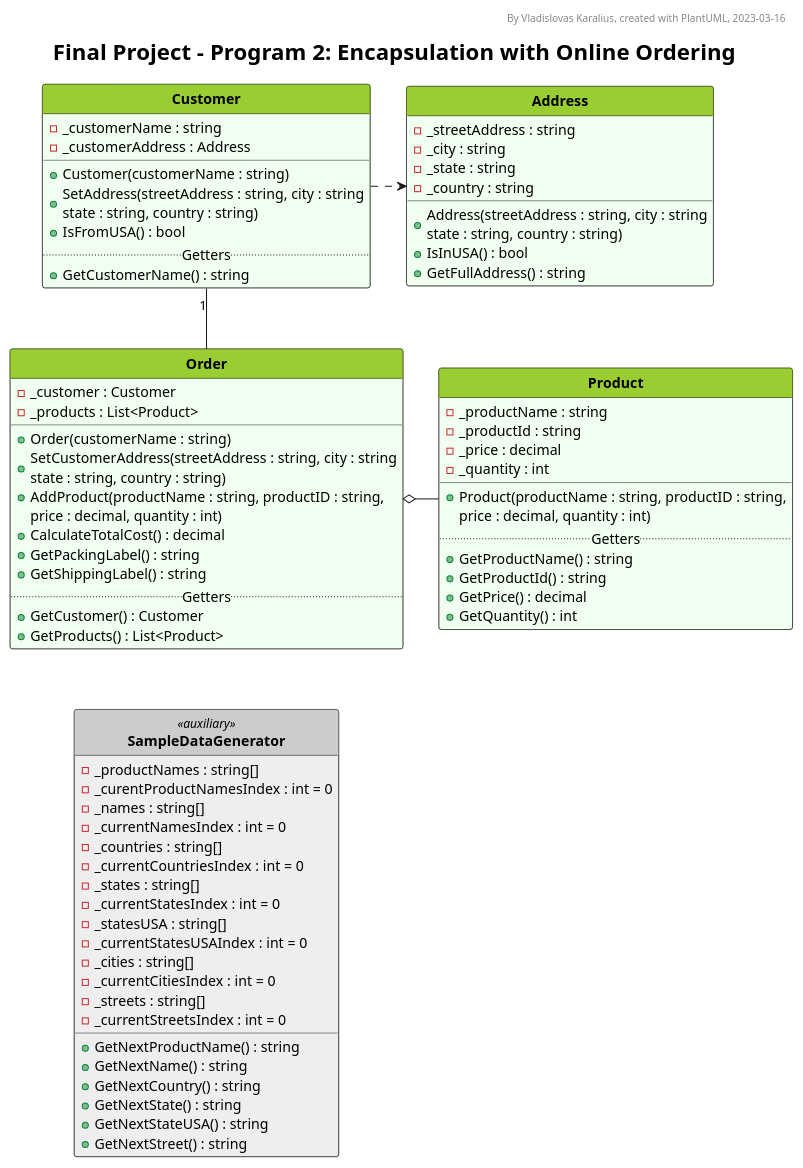
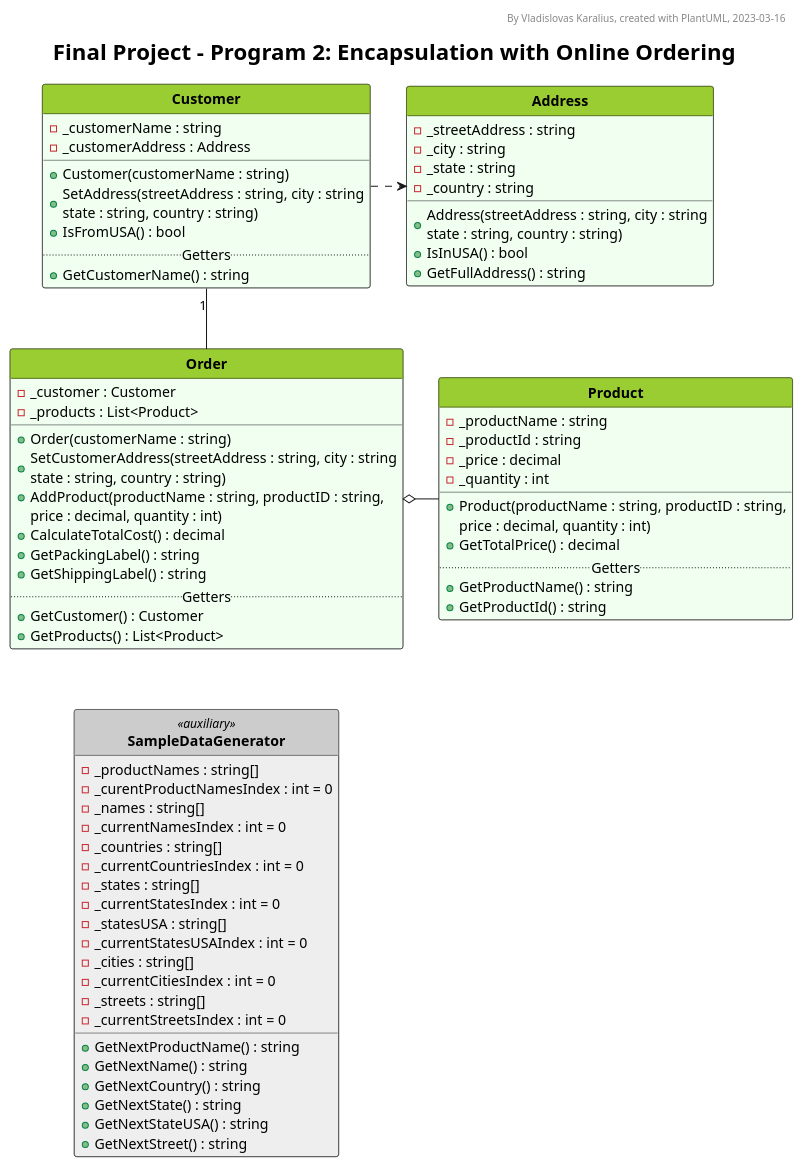
The diagram in final/Foundation2/UML_diagram.pu (VladKaralius/cse210-projects), drawn with PlantUML before and after one commit. The commit also changed 3 other files, not shown here.

```diff
--- a/final/Foundation2/UML_diagram.pu
+++ b/final/Foundation2/UML_diagram.pu
@@ -1,169 +1,168 @@
 @startuml UML_diagram
 
 '--Formatting options--
 hide circle
 hide empty members
 'skinparam classAttributeIconSize 0
 skinparam style strictuml
 'skinparam groupInheritance 2
 'skinparam linetype ortho
 'skinparam Nodesep 15
 'skinparam Ranksep 25
 'left to right direction
 
 '--Styling--
 'skinparam BackgroundColor White/LightGreen
 skinparam TitleFontSize 22
 
 <style>
 classDiagram {
   class {
     '-attributes and methods-
     'FontSize 14
     'FontColor black
     'BackgroundColor #fefece
     BackgroundColor #f0fff0
     'RoundCorner 0
     '-class name-
     header {
       'FontSize 12
       'FontColor Black
       FontStyle bold
       BackgroundColor YellowGreen
     }
     
     ' Alternative class style 1
     .style1 {
       BackgroundColor Bisque
       header {
         BackgroundColor Orange
       }
     }
 
     ' Alternative class style 2
     .auxiliary {
       BackgroundColor #eeeeee
       header {
         BackgroundColor #cccccc
       }
     }
   }
   note {
     BackgroundColor Yellow
   }
   legend {
     FontSize 18
   }
 </style>
 
 '--Header, title, caption--
 header By Vladislovas Karalius, created with PlantUML, 2023-03-16
 title Final Project - Program 2: Encapsulation with Online Ordering
 'caption <:warning:>Constructors without parameters are not shown in this diagram
 
 ' Dummy class that explains visibility symbols
 ' class Markers #dddddd {
 ' Attributes
 ' ..
 ' - private
 ' # protected
 ' + public
 ' {static} static
 ' --
 ' Methods
 ' ..
 ' - private()
 ' # protected()
 ' + public()
 ' {static} static()
 ' }
 
 '--Main--
 class Order {
   - _customer : Customer
   - _products : List<Product> 
   __
   + Order(customerName : string)
   + SetCustomerAddress(streetAddress : string, city : string\nstate : string, country : string)
   + AddProduct(productName : string, productID : string,
     price : decimal, quantity : int)
   + CalculateTotalCost() : decimal
   + GetPackingLabel() : string
   + GetShippingLabel() : string
   ..Getters..
   + GetCustomer() : Customer
   + GetProducts() : List<Product>
 }
 
 class Product {
   - _productName : string
   - _productId : string
   - _price : decimal
   - _quantity : int
   __
   + Product(productName : string, productID : string,
     price : decimal, quantity : int)
+  + GetTotalPrice() : decimal
   ..Getters..
   + GetProductName() : string
   + GetProductId() : string
-  + GetPrice() : decimal
-  + GetQuantity() : int
 }
 
 class Customer {
 - _customerName : string
 - _customerAddress : Address
 __
 + Customer(customerName : string)
 + SetAddress(streetAddress : string, city : string\nstate : string, country : string)
 + IsFromUSA() : bool
 ..Getters..
 + GetCustomerName() : string
 }
 
 class Address {
   - _streetAddress : string
   - _city : string
   - _state : string
   - _country : string
   + Address(streetAddress : string, city : string\nstate : string, country : string)
   + IsInUSA() : bool
   + GetFullAddress() : string
 }
 
 class SampleDataGenerator <<auxiliary>> {
   - _productNames : string[]
   - _curentProductNamesIndex : int = 0
   - _names : string[]
   - _currentNamesIndex : int = 0
   - _countries : string[]
   - _currentCountriesIndex : int = 0
   - _states : string[]
   - _currentStatesIndex : int = 0
   - _statesUSA : string[]
   - _currentStatesUSAIndex : int = 0
   - _cities : string[]
   - _currentCitiesIndex : int = 0
   - _streets : string[]
   - _currentStreetsIndex : int = 0
   + GetNextProductName() : string
   + GetNextName() : string
   + GetNextCountry() : string
   + GetNextState() : string
   + GetNextStateUSA() : string
   + GetNextStreet() : string
 }
 
 Order o- Product
 Customer "1" -- Order
 Customer .> Address
 Order .[hidden]. SampleDataGenerator
 
 '--Description--
 ' legend bottom
 ' <size:22>__**Core Requirements**__
 ' The program has one base class **Activity**. This class contains the attributes and methods
 ' that are common to all activities. Certain functions are put into separate classes as follows:
 ' endlegend
 
 @enduml
```
